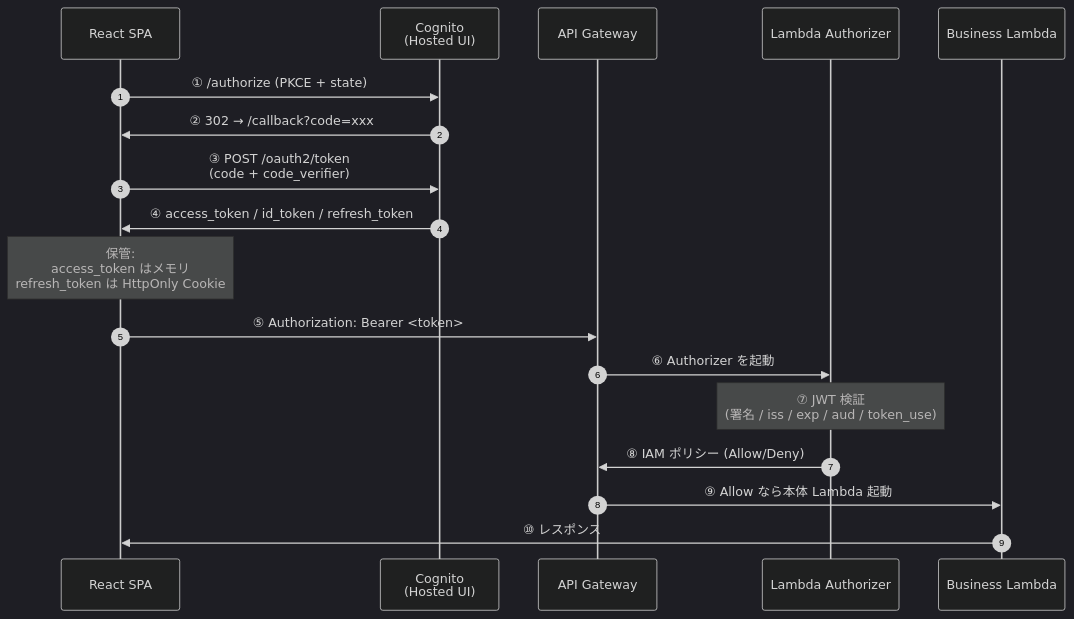
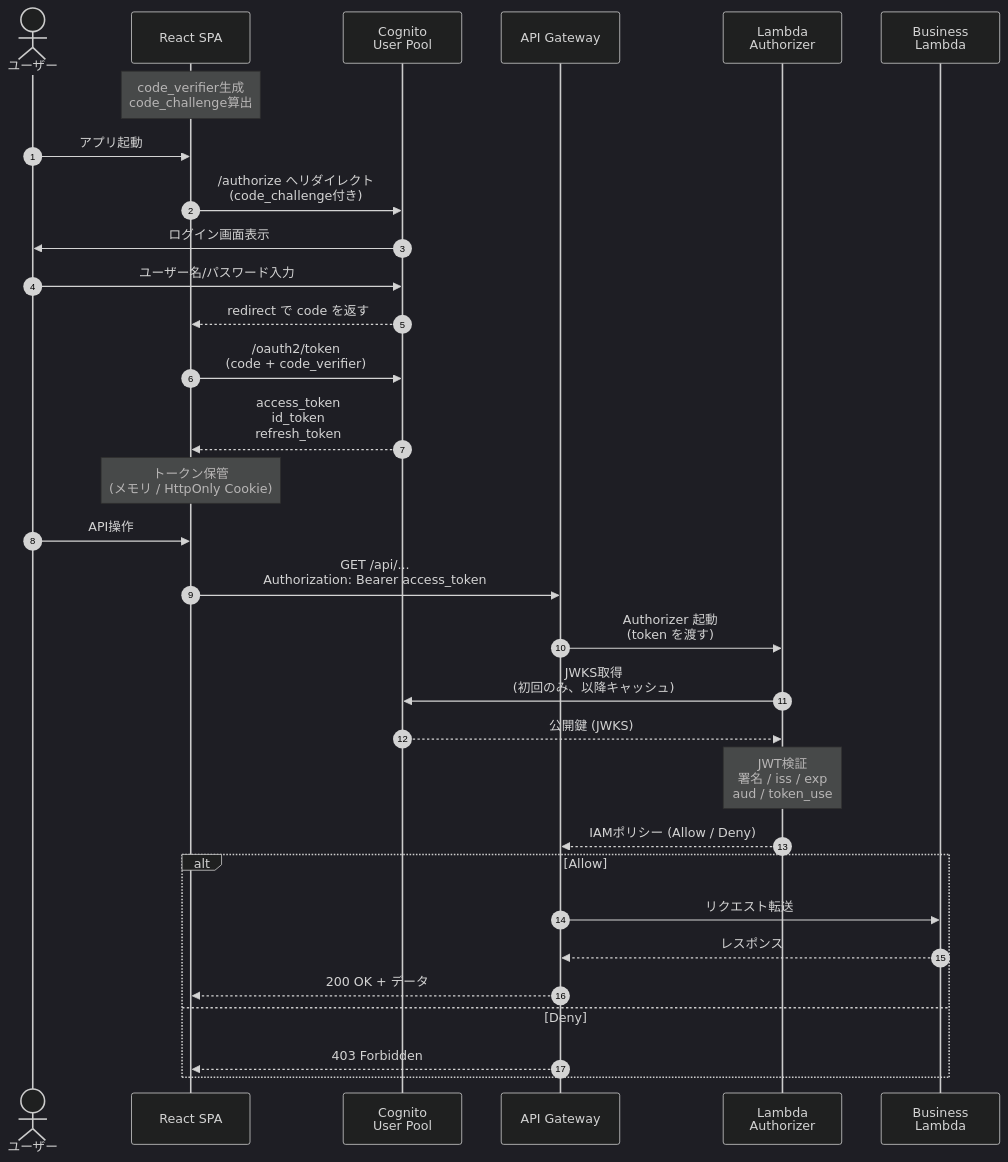
The diagram in content/notes/Cognito OAuth 実装と JWT 検証リファレンス.md (baisonhero/study-board), drawn with Mermaid (dark theme) before and after one commit. The commit also changed other lines of this file, not shown here.

Commit message:
content: Cognito OAuth ノート §3 全体フロー図を詳細化

````diff
--- a/content/notes/Cognito OAuth 実装と JWT 検証リファレンス.md
+++ b/content/notes/Cognito OAuth 実装と JWT 検証リファレンス.md
@@ -107,21 +107,42 @@
 ```mermaid
 sequenceDiagram
-    autonumber
-    participant SPA as React SPA
-    participant CG as Cognito<br/>(Hosted UI)
-    participant AG as API Gateway
-    participant LA as Lambda Authorizer
-    participant BL as Business Lambda
+  autonumber
+  actor User as ユーザー
+  participant SPA as React SPA
+  participant Cog as Cognito<br/>User Pool
+  participant APIGW as API Gateway
+  participant Auth as Lambda<br/>Authorizer
+  participant Biz as Business<br/>Lambda
 
-    SPA->>CG: ① /authorize (PKCE + state)
-    CG->>SPA: ② 302 → /callback?code=xxx
-    SPA->>CG: ③ POST /oauth2/token<br/>(code + code_verifier)
-    CG->>SPA: ④ access_token / id_token / refresh_token
-    Note over SPA: 保管:<br/>access_token はメモリ<br/>refresh_token は HttpOnly Cookie
-    SPA->>AG: ⑤ Authorization: Bearer <token>
-    AG->>LA: ⑥ Authorizer を起動
-    Note over LA: ⑦ JWT 検証<br/>(署名 / iss / exp / aud / token_use)
-    LA->>AG: ⑧ IAM ポリシー (Allow/Deny)
-    AG->>BL: ⑨ Allow なら本体 Lambda 起動
-    BL->>SPA: ⑩ レスポンス
+  Note over SPA: code_verifier生成<br/>code_challenge算出
+
+  User->>SPA: アプリ起動
+  SPA->>Cog: /authorize へリダイレクト<br/>(code_challenge付き)
+  Cog->>User: ログイン画面表示
+  User->>Cog: ユーザー名/パスワード入力
+  Cog-->>SPA: redirect で code を返す
+
+  SPA->>Cog: /oauth2/token<br/>(code + code_verifier)
+  Cog-->>SPA: access_token<br/>id_token<br/>refresh_token
+
+  Note over SPA: トークン保管<br/>(メモリ / HttpOnly Cookie)
+
+  User->>SPA: API操作
+  SPA->>APIGW: GET /api/...<br/>Authorization: Bearer access_token
+  APIGW->>Auth: Authorizer 起動<br/>(token を渡す)
+
+  Auth->>Cog: JWKS取得<br/>(初回のみ、以降キャッシュ)
+  Cog-->>Auth: 公開鍵 (JWKS)
+
+  Note over Auth: JWT検証<br/>署名 / iss / exp<br/>aud / token_use
+
+  Auth-->>APIGW: IAMポリシー (Allow / Deny)
+
+  alt Allow
+    APIGW->>Biz: リクエスト転送
+    Biz-->>APIGW: レスポンス
+    APIGW-->>SPA: 200 OK + データ
+  else Deny
+    APIGW-->>SPA: 403 Forbidden
+  end
 ```
````
